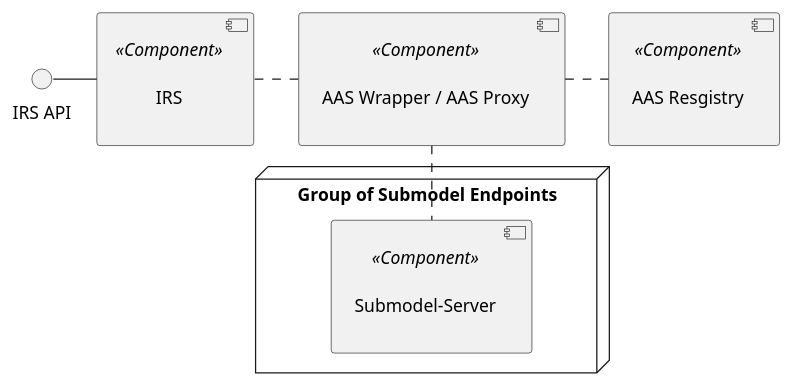
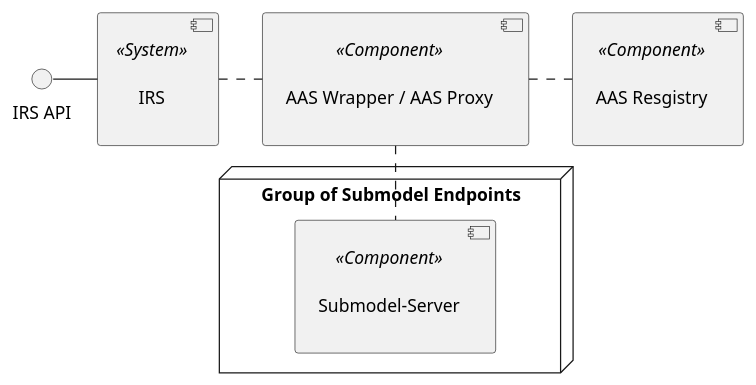
The diagram in uml-diagramms/irs-overall-system-view.puml (eclipse-tractusx/item-relationship-service), drawn with PlantUML before and after one commit.

```diff
--- a/uml-diagramms/irs-overall-system-view.puml
+++ b/uml-diagramms/irs-overall-system-view.puml
@@ -1,21 +1,21 @@
 @startuml 
 skinparam monochrome true
 skinparam shadowing false
 
-[\n IRS \n] <<Component>> as IRS
+[\n IRS \n] <<System>> as IRS
 
 [\n AAS Wrapper / AAS Proxy \n] <<Component>> as AASW
 [\n AAS Resgistry \n] <<Component>> as AASR
 
 node "Group of Submodel Endpoints" {
   [\n Submodel-Server \n] <<Component>> as SN
 }
 
 interface "IRS API" as IAPI
 
 IAPI - IRS
 IRS . AASW
 AASW . AASR
 AASW .. SN
 
 @enduml
```
